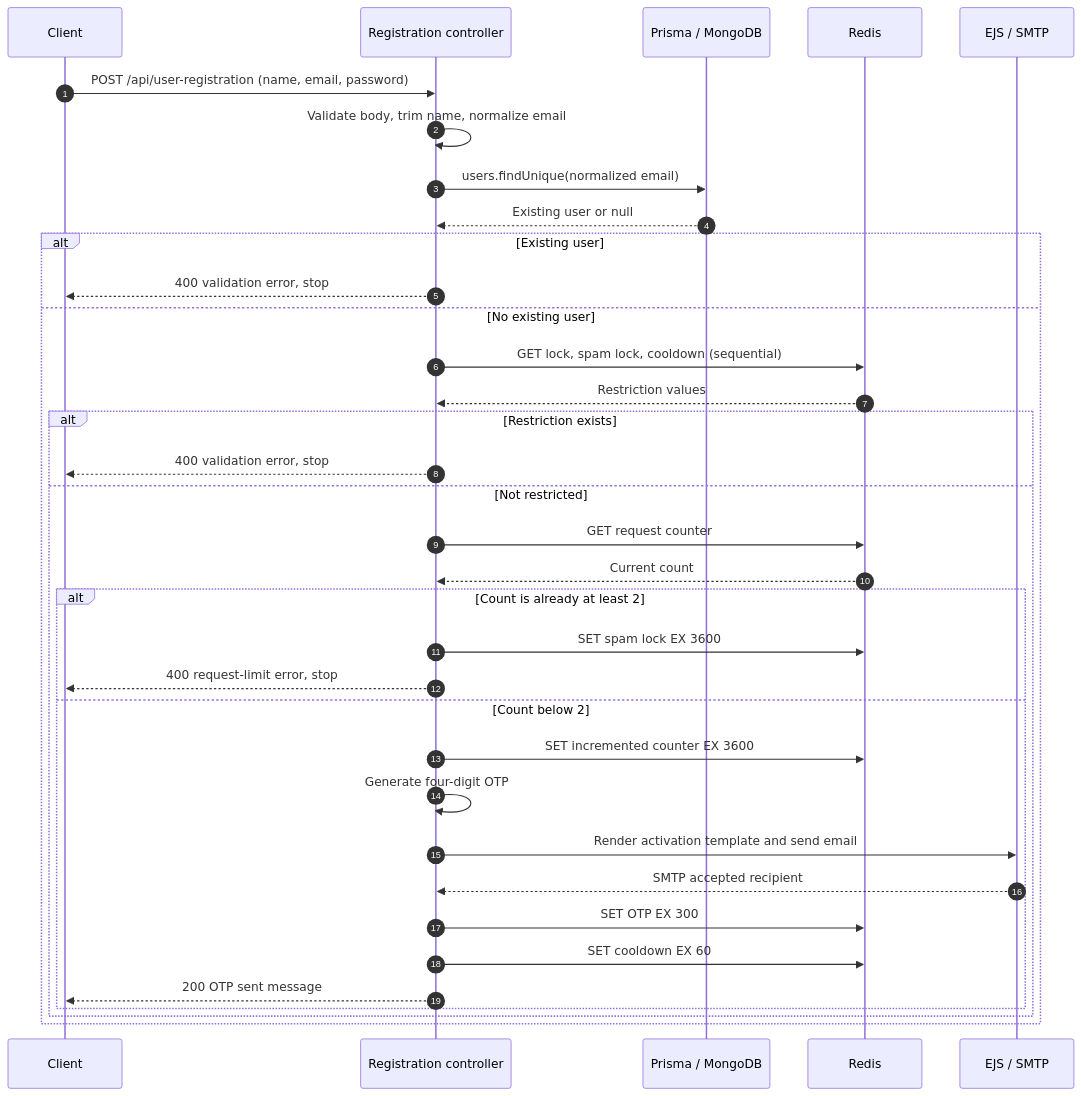
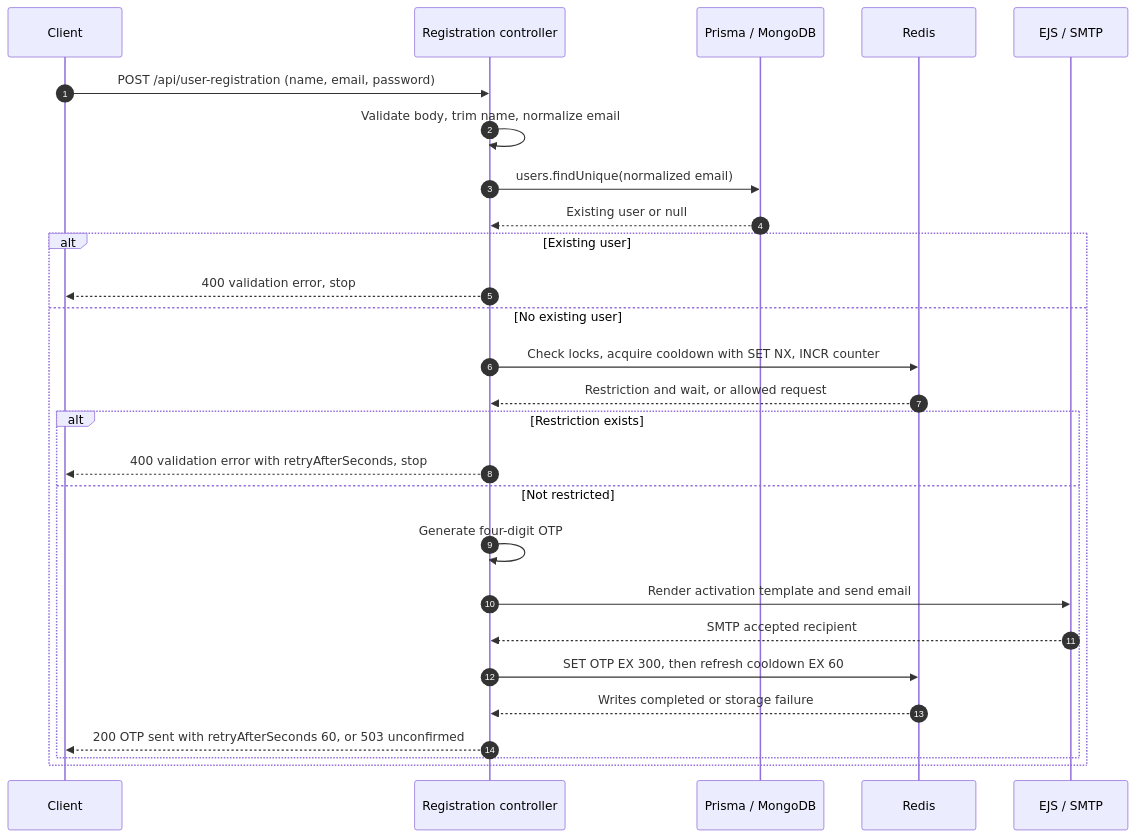
One commit to Kruskal892/Microservice-SaaS-E-commerce changed the third of 7 diagrams in docs/architecture/request-flows.md. Above: the diagram before and after it, drawn with Mermaid. The commit also changed other lines of this file and 31 other files, not shown here.

Commit message:
feat(auth): implement OTP resend with atomic cooldown and server-synchronized countdown

````diff
--- a/docs/architecture/request-flows.md
+++ b/docs/architecture/request-flows.md
@@ -82,37 +83,29 @@
 ```mermaid
 sequenceDiagram
     autonumber
     participant Client
     participant Auth as Registration controller
     participant DB as Prisma / MongoDB
     participant Redis
     participant Mail as EJS / SMTP
     Client->>Auth: POST /api/user-registration (name, email, password)
     Auth->>Auth: Validate body, trim name, normalize email
     Auth->>DB: users.findUnique(normalized email)
     DB-->>Auth: Existing user or null
     alt Existing user
         Auth-->>Client: 400 validation error, stop
     else No existing user
-        Auth->>Redis: GET lock, spam lock, cooldown (sequential)
-        Redis-->>Auth: Restriction values
+        Auth->>Redis: Check locks, acquire cooldown with SET NX, INCR counter
+        Redis-->>Auth: Restriction and wait, or allowed request
         alt Restriction exists
-            Auth-->>Client: 400 validation error, stop
+            Auth-->>Client: 400 validation error with retryAfterSeconds, stop
         else Not restricted
-            Auth->>Redis: GET request counter
-            Redis-->>Auth: Current count
-            alt Count is already at least 2
-                Auth->>Redis: SET spam lock EX 3600
-                Auth-->>Client: 400 request-limit error, stop
-            else Count below 2
-                Auth->>Redis: SET incremented counter EX 3600
-                Auth->>Auth: Generate four-digit OTP
-                Auth->>Mail: Render activation template and send email
-                Mail-->>Auth: SMTP accepted recipient
-                Auth->>Redis: SET OTP EX 300
-                Auth->>Redis: SET cooldown EX 60
-                Auth-->>Client: 200 OTP sent message
-            end
+            Auth->>Auth: Generate four-digit OTP
+            Auth->>Mail: Render activation template and send email
+            Mail-->>Auth: SMTP accepted recipient
+            Auth->>Redis: SET OTP EX 300, then refresh cooldown EX 60
+            Redis-->>Auth: Writes completed or storage failure
+            Auth-->>Client: 200 OTP sent with retryAfterSeconds 60, or 503 unconfirmed
         end
     end
 ```
````
